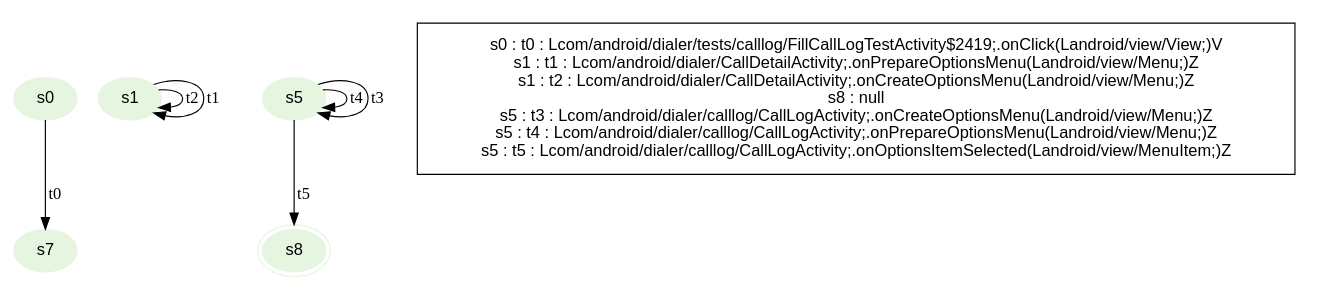
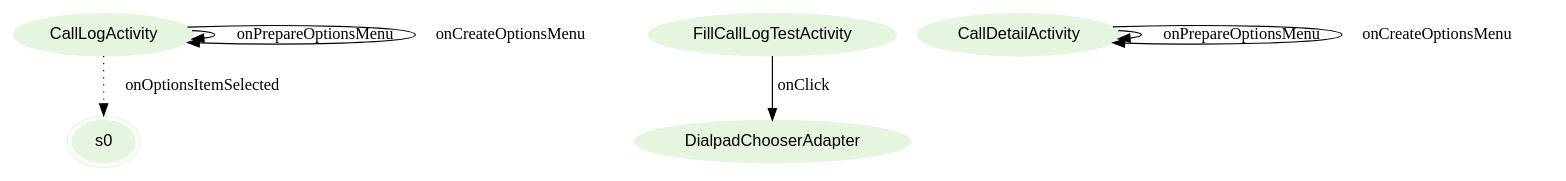
The diagram in graphviz/Dialer.gv (hans89/astparser), drawn with Graphviz before and after one commit. The commit also changed 35 other files, not shown here.

Commit message:
Working on binding events. Added current parse result of LTS in form of graphviz

```diff
--- a/graphviz/Dialer.gv
+++ b/graphviz/Dialer.gv
@@ -1,17 +1,15 @@
 digraph {
 fontname="Helvetica";
 node[style=filled, fontname="Helvetica", colorscheme=greens3, color=1];
-s7;
-s0;
-s1;
-s8[peripheries=2];
-s5;
-s1 -> s1[label="t2"];
-s5 -> s5[label="t4"];
-s5 -> s8[label="t5"];
-s5 -> s5[label="t3"];
-s1 -> s1[label="t1"];
-s0 -> s7[label="t0"];
-subgraph cluster_key {
-ds[shape=plaintext, style=solid,label="s0 : t0 : Lcom/android/dialer/tests/calllog/FillCallLogTestActivity$2419;.onClick(Landroid/view/View;)V\ns1 : t1 : Lcom/android/dialer/CallDetailActivity;.onPrepareOptionsMenu(Landroid/view/Menu;)Z\ns1 : t2 : Lcom/android/dialer/CallDetailActivity;.onCreateOptionsMenu(Landroid/view/Menu;)Z\ns8 : null\ns5 : t3 : Lcom/android/dialer/calllog/CallLogActivity;.onCreateOptionsMenu(Landroid/view/Menu;)Z\ns5 : t4 : Lcom/android/dialer/calllog/CallLogActivity;.onPrepareOptionsMenu(Landroid/view/Menu;)Z\ns5 : t5 : Lcom/android/dialer/calllog/CallLogActivity;.onOptionsItemSelected(Landroid/view/MenuItem;)Z\n"];}
+s0[peripheries=2];
+DialpadChooserAdapter;
+CallLogActivity;
+FillCallLogTestActivity;
+CallDetailActivity;
+CallDetailActivity -> CallDetailActivity[label="onPrepareOptionsMenu"];
+CallLogActivity -> CallLogActivity[label="onPrepareOptionsMenu"];
+CallLogActivity -> s0[label="onOptionsItemSelected",style=dotted];
+FillCallLogTestActivity -> DialpadChooserAdapter[label="onClick"];
+CallDetailActivity -> CallDetailActivity[label="onCreateOptionsMenu"];
+CallLogActivity -> CallLogActivity[label="onCreateOptionsMenu"];
 }
```
